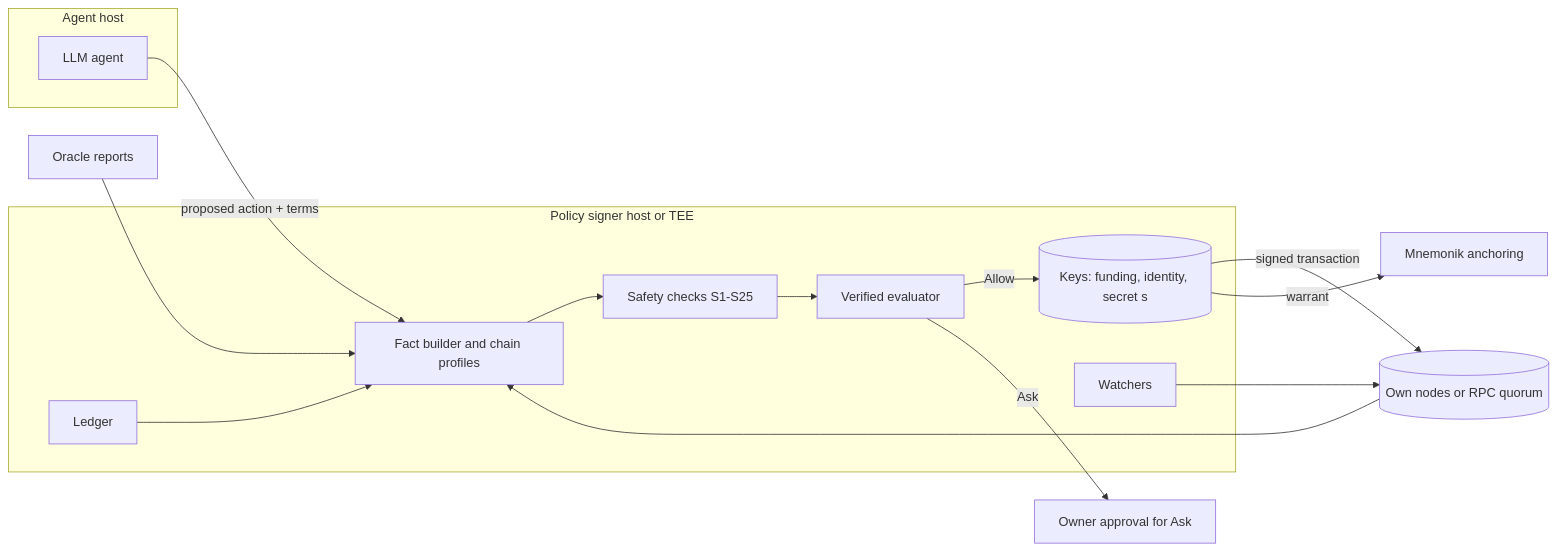
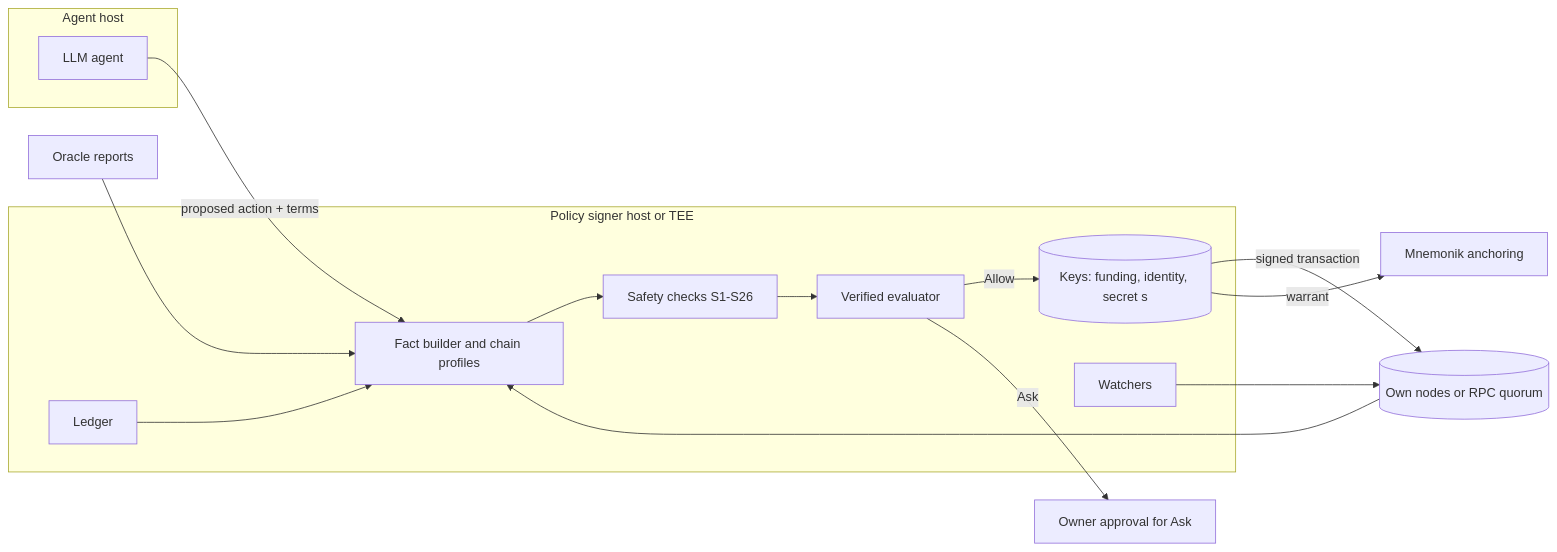
The second of 2 diagrams in swap/spec.md (mnemonik-xyz/warrant), drawn with Mermaid before and after one commit. The commit also changed other lines of this file, not shown here.

````diff
--- a/swap/spec.md
+++ b/swap/spec.md
@@ -654,29 +671,29 @@
 ```mermaid
 flowchart LR
   subgraph Agent host
     L[LLM agent]
   end
   subgraph Policy signer host or TEE
     F[Fact builder and chain profiles]
     E[Verified evaluator]
-    S[Safety checks S1-S25]
+    S[Safety checks S1-S26]
     K[(Keys: funding, identity, secret s)]
     W[Watchers]
     G[Ledger]
   end
   N[(Own nodes or RPC quorum)]
   O[Oracle reports]
   M[Mnemonik anchoring]
   H[Owner approval for Ask]
 
   L -- "proposed action + terms" --> F
   N --> F
   O --> F
   G --> F
   F --> S --> E
   E -- Allow --> K
   E -- Ask --> H
   K -- "signed transaction" --> N
   K -- "warrant" --> M
   W --> N
 ```
````
